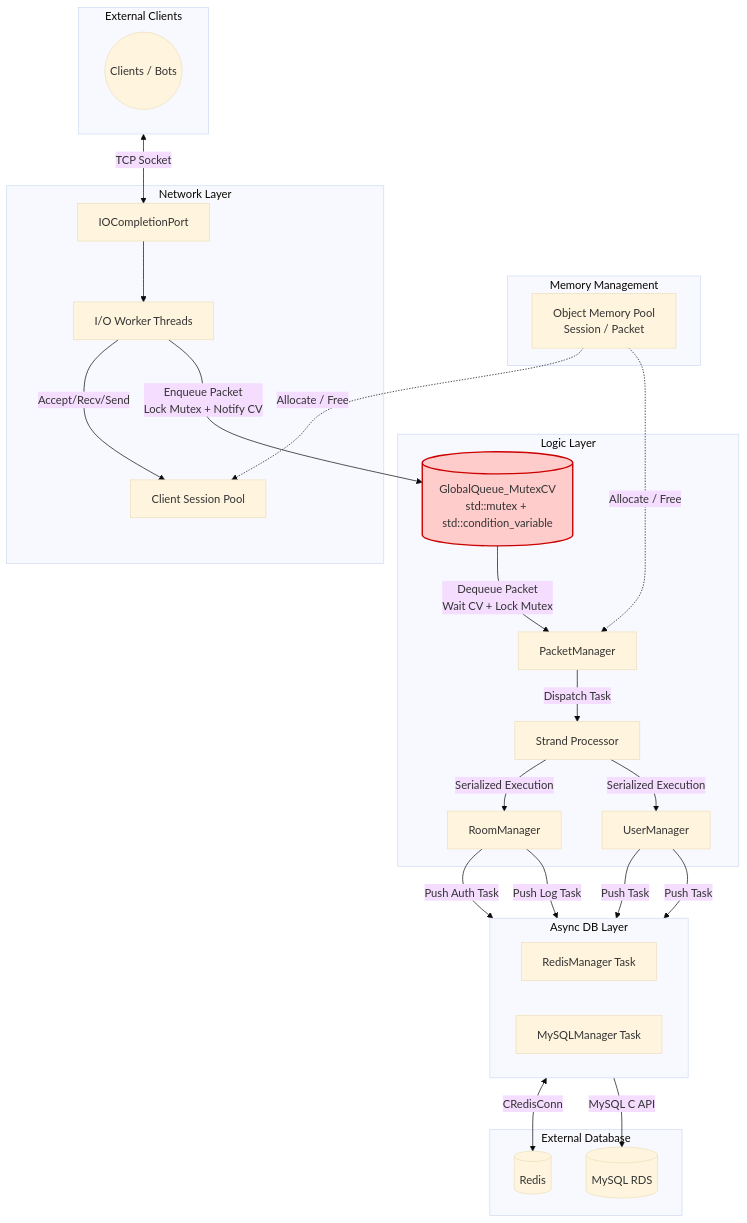
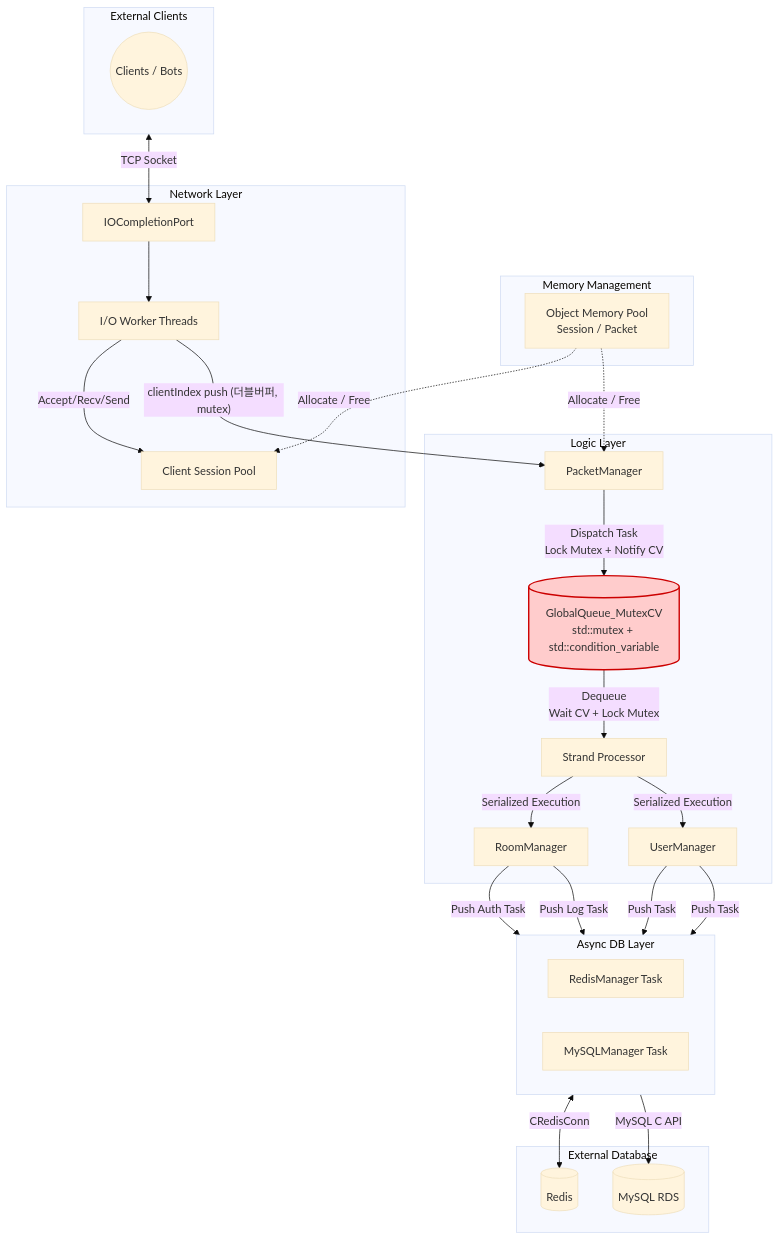
The third of 4 diagrams in Docs/서버 아키텍처 진화 및 성능 벤치마크.md (kanghyoungwoo/IOCP), drawn with Mermaid (base theme) before and after one commit. The commit also changed other lines of this file, not shown here.

````diff
--- a/Docs/서버 아키텍처 진화 및 성능 벤치마크.md
+++ b/Docs/서버 아키텍처 진화 및 성능 벤치마크.md
@@ -170,68 +170,68 @@
 ```mermaid
 graph TD
     %% 외부 클라이언트
     subgraph External [External Clients]
         Clients((Clients / Bots))
     end
 
     %% 메모리 풀 레이어
     subgraph Memory_Layer [Memory Management]
         MemPool[Object Memory Pool\nSession / Packet]
     end
 
     %% 네트워크 레이어 (IOCP)
     subgraph Network_Layer [Network Layer]
         IOCP[IOCompletionPort]
         WorkerThreads[I/O Worker Threads]
         SessionPool[Client Session Pool]
         
         IOCP --> WorkerThreads
         WorkerThreads -->|Accept/Recv/Send| SessionPool
     end
 
     %% 로직 레이어 (Mutex & CV 기반 큐 + Strand)
     subgraph Logic_Layer [Logic Layer]
         GlobalQueue[(GlobalQueue_MutexCV\nstd::mutex + std::condition_variable)]
         PacketManager[PacketManager]
         StrandProcessor[Strand Processor]
         RoomMgr[RoomManager]
         UserMgr[UserManager]
 
-        WorkerThreads -->|Enqueue Packet\nLock Mutex + Notify CV| GlobalQueue
-        GlobalQueue -->|Dequeue Packet\nWait CV + Lock Mutex| PacketManager
-        PacketManager -->|Dispatch Task| StrandProcessor
+        WorkerThreads -->|"clientIndex push (더블버퍼, mutex)"| PacketManager
+        PacketManager -->|"Dispatch Task\nLock Mutex + Notify CV"| GlobalQueue
+        GlobalQueue -->|"Dequeue\nWait CV + Lock Mutex"| StrandProcessor
         StrandProcessor -->|Serialized Execution| RoomMgr
         StrandProcessor -->|Serialized Execution| UserMgr
     end
 
     %% 비동기 DB 레이어
     subgraph DB_Layer [Async DB Layer]
         direction LR
         RedisMgr[RedisManager Task]
         MySQLMgr[MySQLManager Task]
     end
 
     %% 외부 데이터베이스
     subgraph External_Database [External Database]
         Redis[(Redis)]
         MySQL[(MySQL RDS)]
     end
 
     %% 흐름 연결
     External <-->|TCP Socket| IOCP
     
     MemPool -.->|Allocate / Free| SessionPool
     MemPool -.->|Allocate / Free| PacketManager
 
     RoomMgr -->|Push Auth Task| RedisMgr
     RoomMgr -->|Push Log Task| MySQLMgr
     UserMgr -->|Push Task| RedisMgr
     UserMgr -->|Push Task| MySQLMgr
 
     RedisMgr <-->|CRedisConn| Redis
     MySQLMgr -->|MySQL C API| MySQL
 
     %% 강조 스타일
     classDef highlight fill:#ffcccc,stroke:#cc0000,stroke-width:2px;
     class GlobalQueue highlight;
 ```
````
